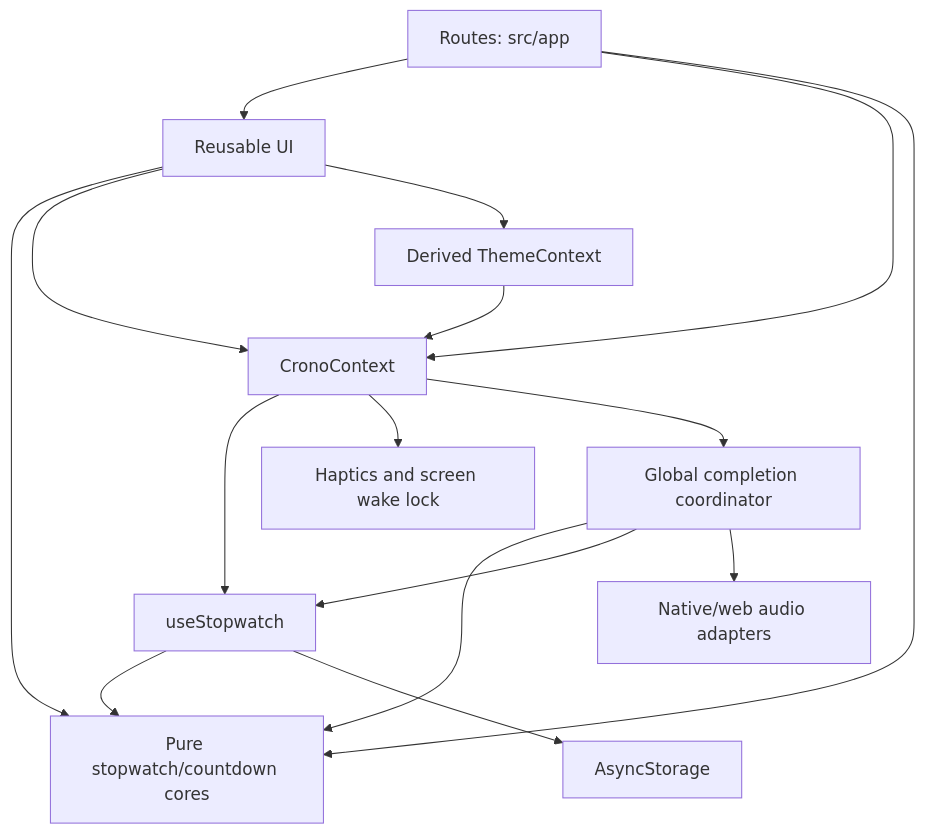
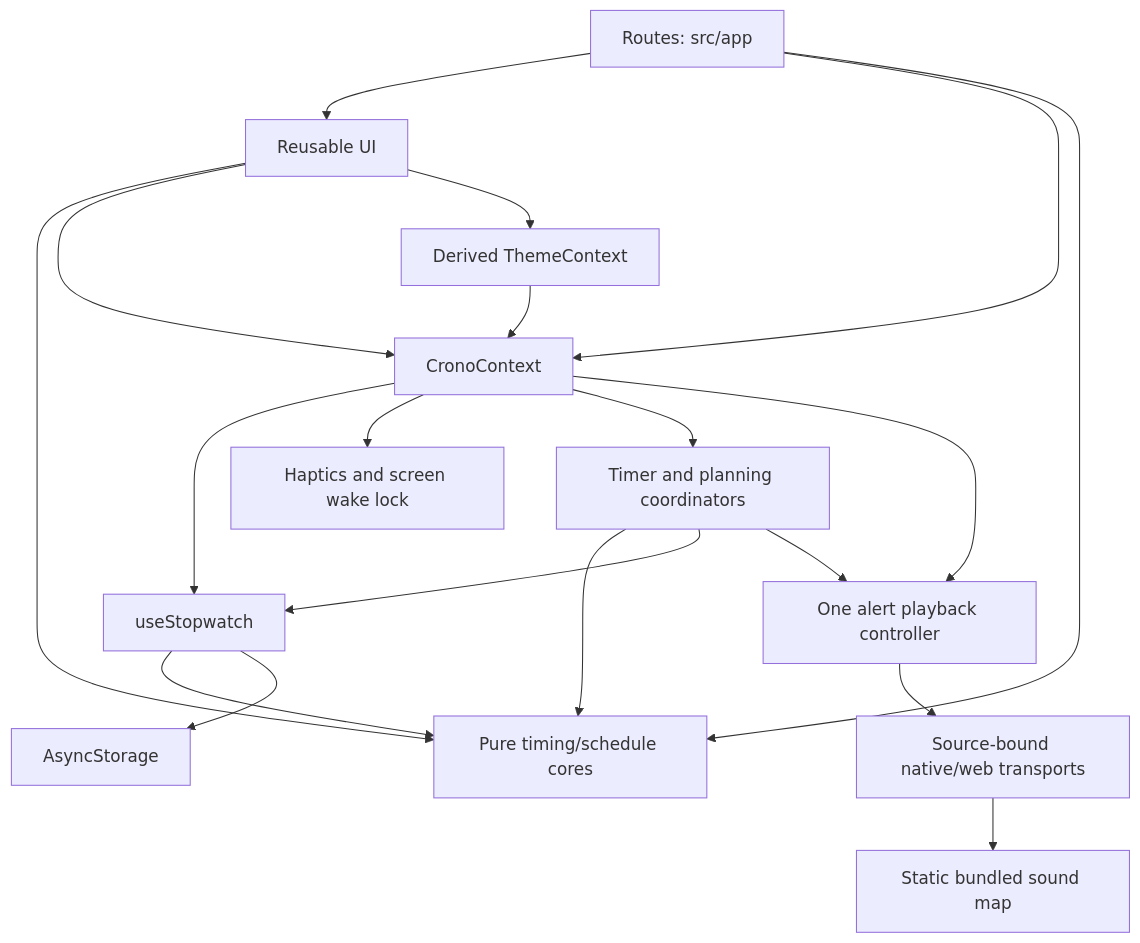
The diagram in .ai-factory/ARCHITECTURE.md (SAP4K/App_Crono), drawn with Mermaid before and after one commit. The commit also changed other lines of this file and 49 other files, not shown here.

````diff
--- a/.ai-factory/ARCHITECTURE.md
+++ b/.ai-factory/ARCHITECTURE.md
@@ -75,18 +97,21 @@
 ```mermaid
 flowchart TD
     Routes["Routes: src/app"] --> UI["Reusable UI"]
     Routes --> Context["CronoContext"]
-    Routes --> Core["Pure stopwatch/countdown cores"]
+    Routes --> Core["Pure timing/schedule cores"]
     UI --> Core
     UI --> Context
     Context --> Hook["useStopwatch"]
     Context --> Device["Haptics and screen wake lock"]
-    Context --> Completion["Global completion coordinator"]
+    Context --> Completion["Timer and planning coordinators"]
     Completion --> Core
     Completion --> Hook
-    Completion --> Audio["Native/web audio adapters"]
+    Completion --> Playback["One alert playback controller"]
+    Context --> Playback
+    Playback --> Audio["Source-bound native/web transports"]
+    Audio --> Assets["Static bundled sound map"]
     UI --> Theme["Derived ThemeContext"]
     Theme --> Context
     Hook --> Core
     Hook --> Storage["AsyncStorage"]
 ```
````
